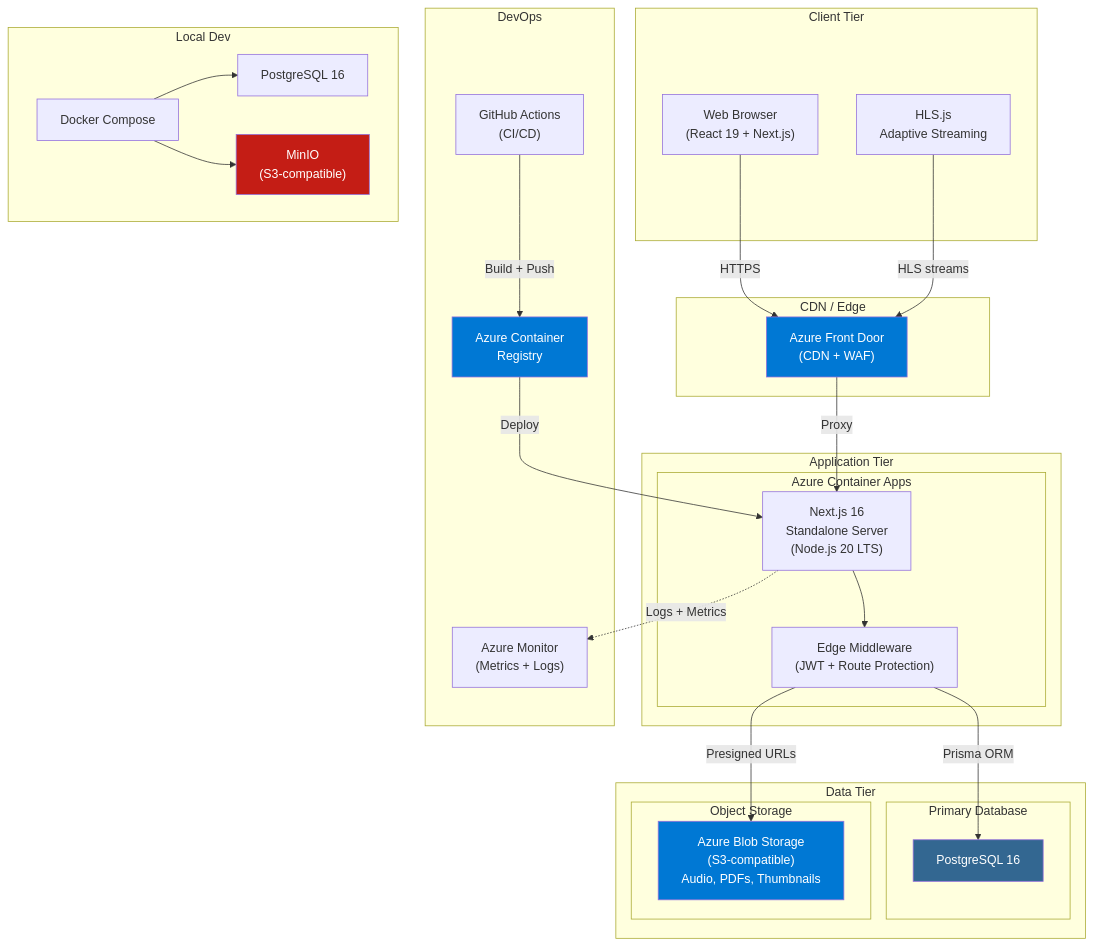
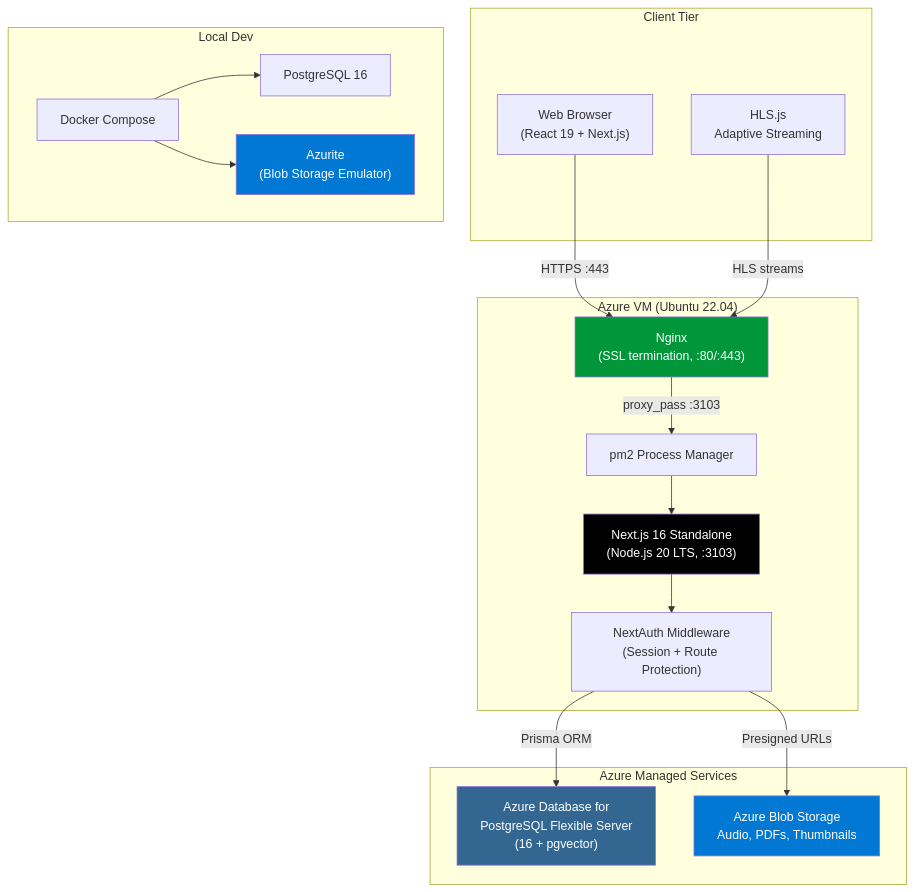
Before and after one commit to RoshanJ20/podcasthub: the fourth of 7 diagrams in docs/architecture-diagrams.md, drawn with Mermaid. The commit also changed other lines of this file and 81 other files, not shown here.

First line of the commit message:
feat: migrate from custom JWT auth to NextAuth v4

````diff
--- a/docs/architecture-diagrams.md
+++ b/docs/architecture-diagrams.md
@@ -299,58 +296,41 @@
 ```mermaid
 graph TB
     subgraph "Client Tier"
         WebApp["Web Browser<br/>(React 19 + Next.js)"]
         HLS["HLS.js<br/>Adaptive Streaming"]
     end
 
-    subgraph "CDN / Edge"
-        FrontDoor["Azure Front Door<br/>(CDN + WAF)"]
+    subgraph "Azure VM (Ubuntu 22.04)"
+        Nginx["Nginx<br/>(SSL termination, :80/:443)"]
+        PM2["pm2 Process Manager"]
+        NextJS["Next.js 16 Standalone<br/>(Node.js 20 LTS, :3103)"]
+        Middleware["NextAuth Middleware<br/>(Session + Route Protection)"]
     end
 
-    subgraph "Application Tier"
-        subgraph "Azure Container Apps"
-            NextJS["Next.js 16<br/>Standalone Server<br/>(Node.js 20 LTS)"]
-            EdgeMW["Edge Middleware<br/>(JWT + Route Protection)"]
-        end
-    end
-
-    subgraph "Data Tier"
-        subgraph "Primary Database"
-            PostgreSQL["PostgreSQL 16"]
-        end
-        subgraph "Object Storage"
-            BlobStorage["Azure Blob Storage<br/>(S3-compatible)<br/>Audio, PDFs, Thumbnails"]
-        end
-    end
-
-    subgraph "DevOps"
-        ACR["Azure Container<br/>Registry"]
-        GitHub["GitHub Actions<br/>(CI/CD)"]
-        AzureMonitor["Azure Monitor<br/>(Metrics + Logs)"]
+    subgraph "Azure Managed Services"
+        PostgreSQL["Azure Database for<br/>PostgreSQL Flexible Server<br/>(16 + pgvector)"]
+        BlobStorage["Azure Blob Storage<br/>Audio, PDFs, Thumbnails"]
     end
 
     subgraph "Local Dev"
         DockerCompose["Docker Compose"]
         PGLocal["PostgreSQL 16"]
-        MinIO["MinIO<br/>(S3-compatible)"]
+        Azurite["Azurite<br/>(Blob Storage Emulator)"]
     end
 
-    WebApp -->|"HTTPS"| FrontDoor
-    HLS -->|"HLS streams"| FrontDoor
-    FrontDoor -->|"Proxy"| NextJS
-    NextJS --> EdgeMW
-    EdgeMW -->|"Prisma ORM"| PostgreSQL
-    EdgeMW -->|"Presigned URLs"| BlobStorage
+    WebApp -->|"HTTPS :443"| Nginx
+    HLS -->|"HLS streams"| Nginx
+    Nginx -->|"proxy_pass :3103"| PM2
+    PM2 --> NextJS
+    NextJS --> Middleware
+    Middleware -->|"Prisma ORM"| PostgreSQL
+    Middleware -->|"Presigned URLs"| BlobStorage
 
-    GitHub -->|"Build + Push"| ACR
-    ACR -->|"Deploy"| NextJS
-    NextJS -.->|"Logs + Metrics"| AzureMonitor
+    DockerCompose --> PGLocal & Azurite
 
-    DockerCompose --> PGLocal & MinIO
-
-    style FrontDoor fill:#0078d4,color:#fff
+    style Nginx fill:#009639,color:#fff
     style PostgreSQL fill:#336791,color:#fff
     style BlobStorage fill:#0078d4,color:#fff
-    style ACR fill:#0078d4,color:#fff
-    style MinIO fill:#c41d15,color:#fff
+    style Azurite fill:#0078d4,color:#fff
+    style NextJS fill:#000,color:#fff
 ```
````
